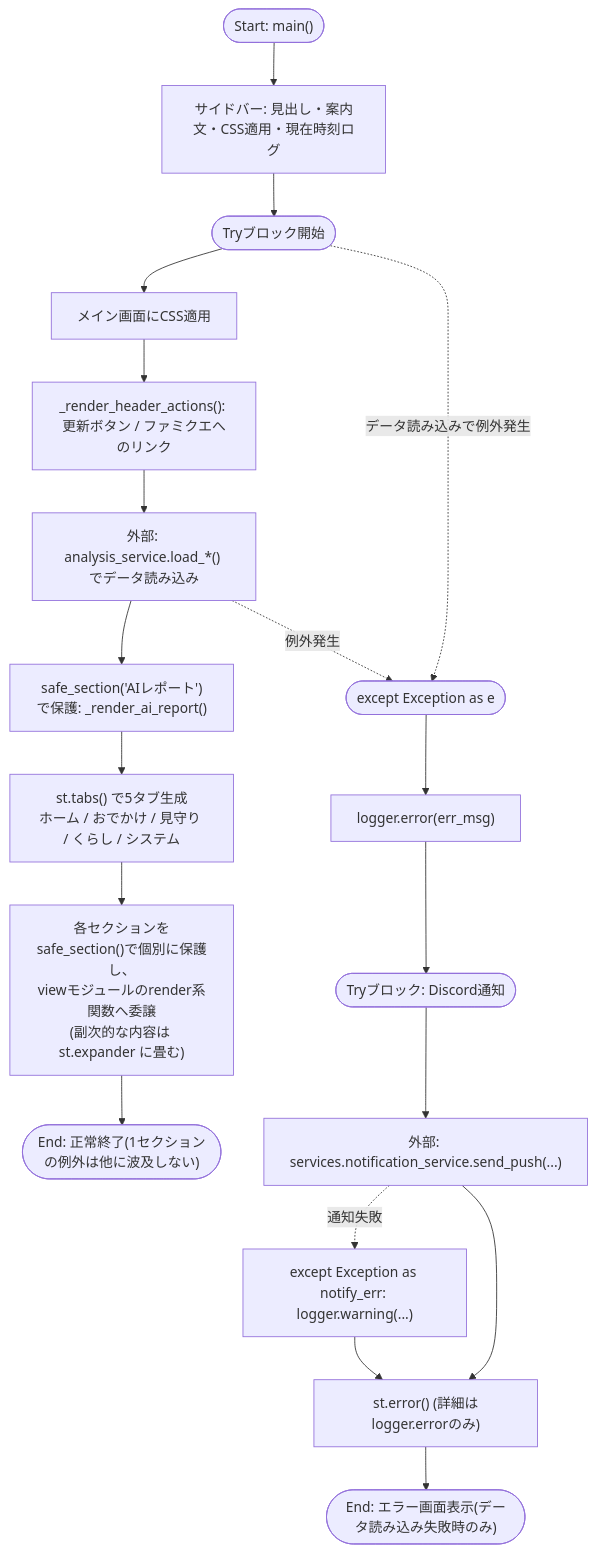
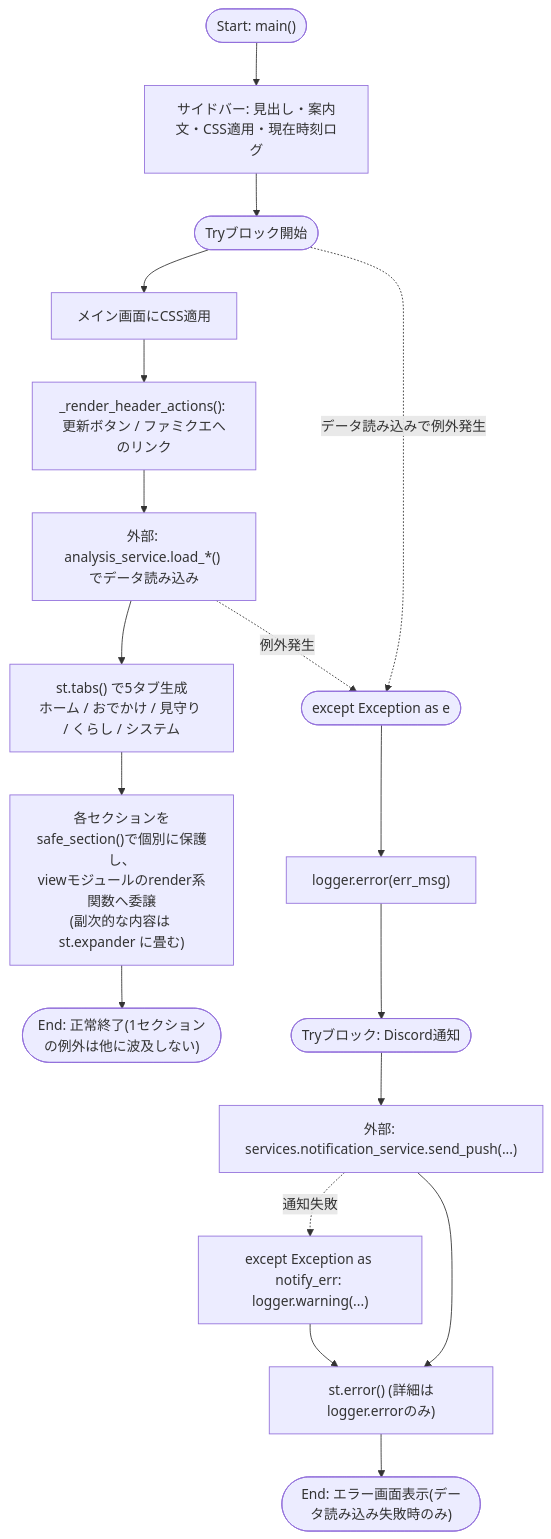
Before and after one commit to mmtigers/my_python_project: the first of 2 diagrams in docs/specifications/MY_HOME_SYSTEM/dashboard.md, drawn with Mermaid. The commit also changed other lines of this file and 10 other files, not shown here.

````diff
--- a/docs/specifications/MY_HOME_SYSTEM/dashboard.md
+++ b/docs/specifications/MY_HOME_SYSTEM/dashboard.md
@@ -239,24 +222,23 @@
 ```mermaid
 flowchart TD
     Start(["Start: main()"]) --> Sidebar["サイドバー: 見出し・案内文・CSS適用・現在時刻ログ"]
     Sidebar --> TryStart(["Tryブロック開始"])
 
     TryStart --> Css["メイン画面にCSS適用"]
     Css --> Header["_render_header_actions(): 更新ボタン / ファミクエへのリンク"]
     Header --> LoadData["外部: analysis_service.load_*() でデータ読み込み"]
-    LoadData --> Report["safe_section('AIレポート')で保護: _render_ai_report()"]
-    Report --> CreateTabs["st.tabs() で5タブ生成<br/>ホーム / おでかけ / 見守り / くらし / システム"]
+    LoadData --> CreateTabs["st.tabs() で5タブ生成<br/>ホーム / おでかけ / 見守り / くらし / システム"]
     CreateTabs --> RenderTabs["各セクションをsafe_section()で個別に保護し、<br/>viewモジュールのrender系関数へ委譲<br/>(副次的な内容は st.expander に畳む)"]
     RenderTabs --> End(["End: 正常終了(1セクションの例外は他に波及しない)"])
 
     TryStart -. データ読み込みで例外発生 .-> Catch(["except Exception as e"])
     LoadData -. 例外発生 .-> Catch
 
     Catch --> LogErr["logger.error(err_msg)"]
     LogErr --> TryNotify(["Tryブロック: Discord通知"])
     TryNotify --> SendPush["外部: services.notification_service.send_push(...)"]
     SendPush -. 通知失敗 .-> LogWarn["except Exception as notify_err: logger.warning(...)"]
     SendPush --> ShowError
     LogWarn --> ShowError["st.error() (詳細はlogger.errorのみ)"]
     ShowError --> EndErr(["End: エラー画面表示(データ読み込み失敗時のみ)"])
 ```
````
